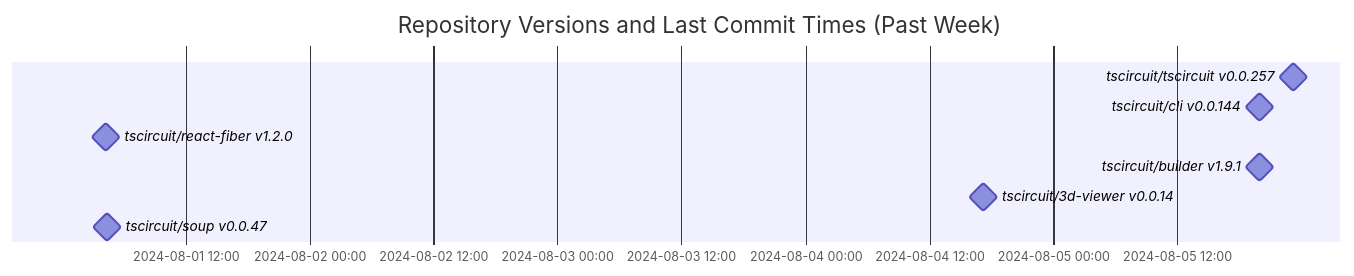
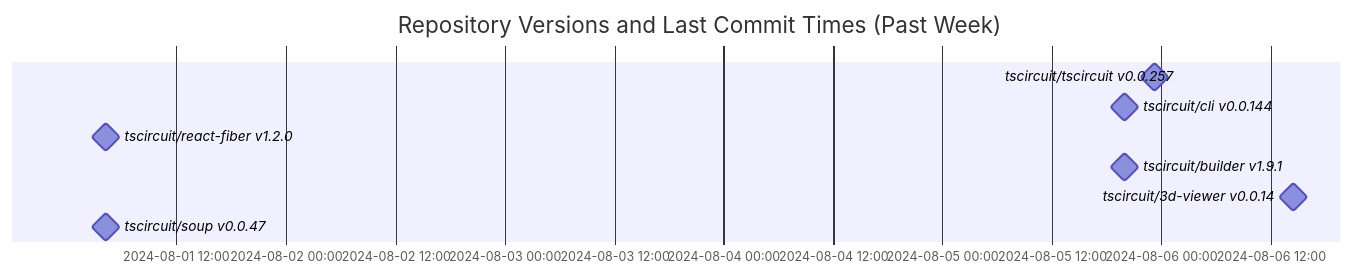
One commit to tscircuit/version-tracker changed the diagram in README.md. Above: the diagram before and after it, drawn with Mermaid.

Commit message:
Update chart

````diff
--- a/README.md
+++ b/README.md
@@ -1,13 +1,13 @@
 ```mermaid
 gantt
   dateFormat  YYYY-MM-DD HH:mm:ss
   title Repository Versions and Last Commit Times (Past Week)
   axisFormat %Y-%m-%d %H:%M
 
   tscircuit/tscircuit v0.0.257 : milestone, 2024-08-05 23:16:17, 1s
   tscircuit/cli v0.0.144 : milestone, 2024-08-05 20:01:47, 1s
   tscircuit/react-fiber v1.2.0 : milestone, 2024-08-01 04:16:00, 1s
   tscircuit/builder v1.9.1 : milestone, 2024-08-05 20:01:47, 1s
-  tscircuit/3d-viewer v0.0.14 : milestone, 2024-08-04 17:12:26, 1s
+  tscircuit/3d-viewer v0.0.14 : milestone, 2024-08-06 14:28:03, 1s
   tscircuit/soup v0.0.47 : milestone, 2024-08-01 04:19:38, 1s
 ```
````
